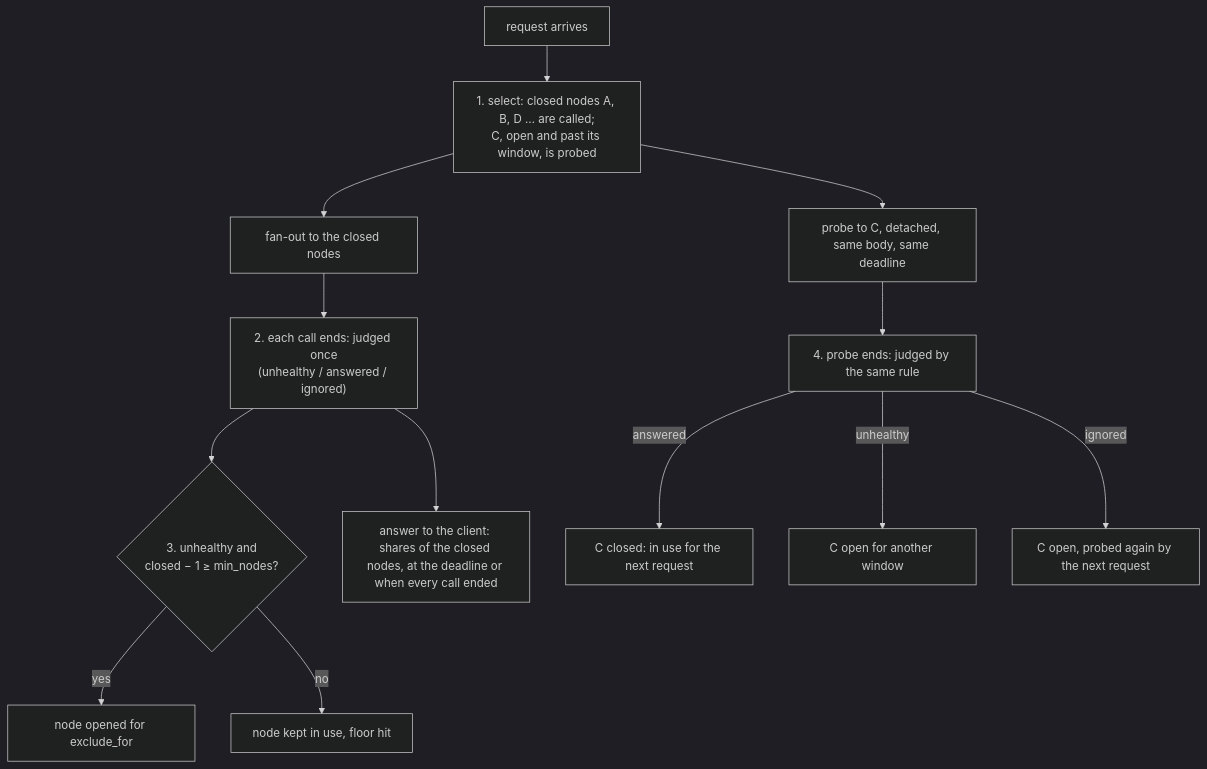
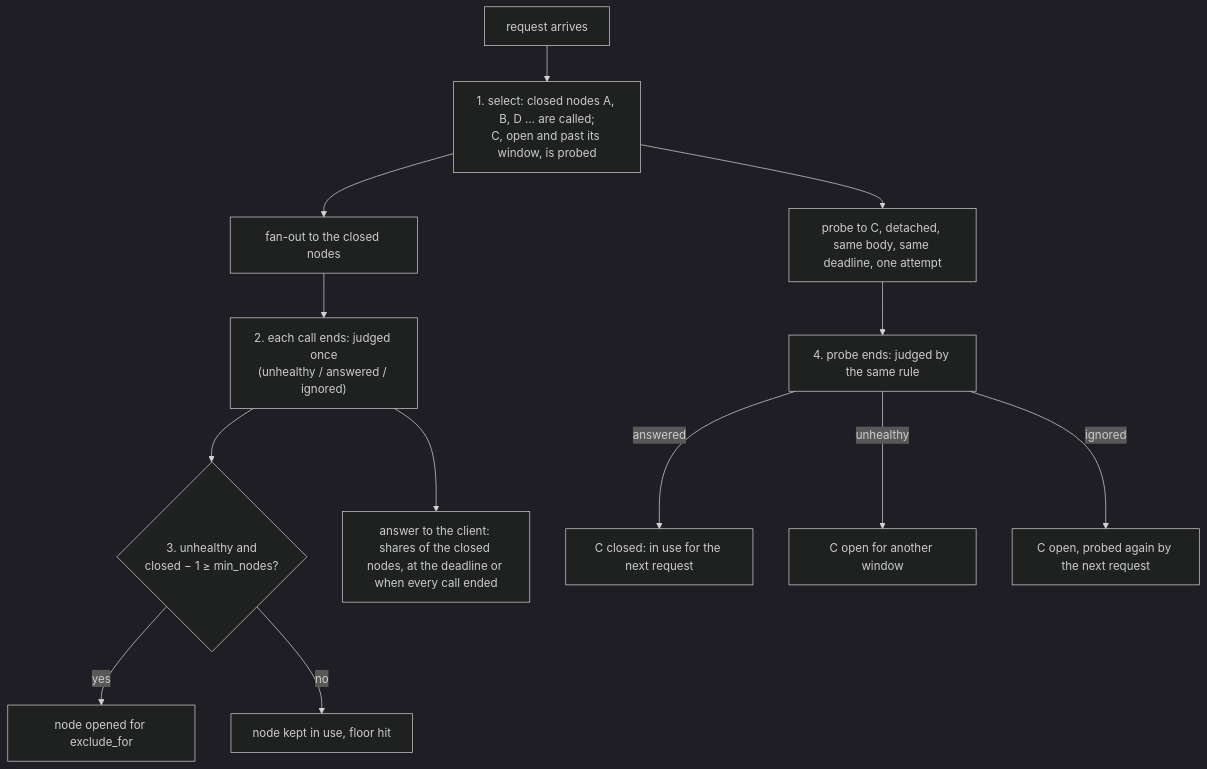
Before and after one commit to zama-ai/fhevm: the fourth of 5 diagrams in relayer-http/crates/relayer-http/src/kms_aggregator/docs.md, drawn with Mermaid (dark theme). The commit also changed other lines of this file and 5 other files, not shown here.

````diff
--- a/relayer-http/crates/relayer-http/src/kms_aggregator/docs.md
+++ b/relayer-http/crates/relayer-http/src/kms_aggregator/docs.md
@@ -237,15 +238,15 @@
 ```mermaid
 flowchart TD
   R[request arrives] --> S["1. select: closed nodes A, B, D … are called;<br/>C, open and past its window, is probed"]
   S --> F[fan-out to the closed nodes]
-  S --> P[probe to C, detached, same body, same deadline]
+  S --> P[probe to C, detached, same body, same deadline, one attempt]
   F --> O["2. each call ends: judged once<br/>(unhealthy / answered / ignored)"]
   O --> X{"3. unhealthy and<br/>closed − 1 ≥ min_nodes?"}
   X -- yes --> E[node opened for exclude_for]
   X -- no --> K[node kept in use, floor hit]
   O --> A[answer to the client: shares of the closed nodes, at the deadline or when every call ended]
   P --> V["4. probe ends: judged by the same rule"]
   V -- answered --> C1[C closed: in use for the next request]
   V -- unhealthy --> C2[C open for another window]
   V -- ignored --> C3[C open, probed again by the next request]
 ```
````
